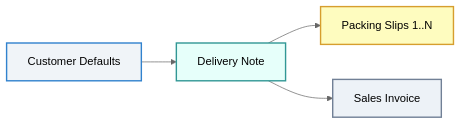
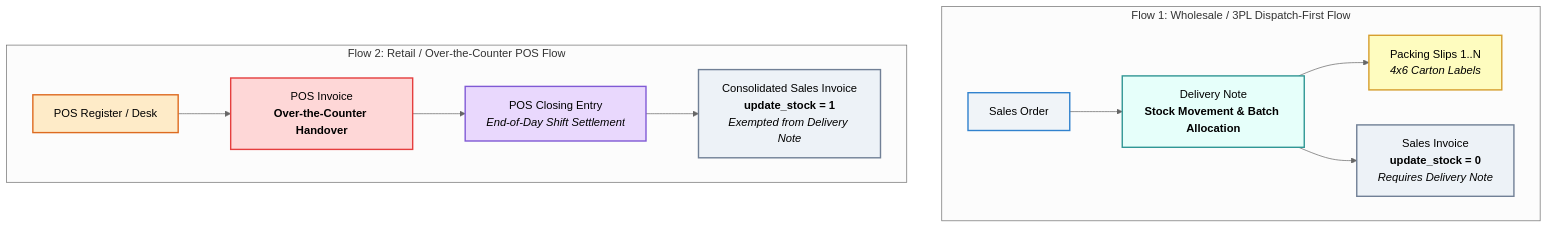
One commit to vinodkumarkolli/core_customizations changed the diagram in README.md. Above: the diagram before and after it, drawn with Mermaid (neutral theme). The commit also changed other lines of this file and 4 other files, not shown here.

Commit message:
feat: implement dual sales architecture with mandatory delivery note validation for wholesale invoices and add integration tests

````diff
--- a/README.md
+++ b/README.md
@@ -11,10 +11,23 @@
 ```mermaid
-graph LR
-    C[Customer Defaults] --> DN[Delivery Note]
-    DN --> PS[Packing Slips 1..N]
-    DN --> SI[Sales Invoice]
-    style C fill:#f0f4f8,stroke:#3182ce,stroke-width:2px
+graph TD
+    subgraph Flow 1: Wholesale / 3PL Dispatch-First Flow
+        SO[Sales Order] --> DN[Delivery Note<br><b>Stock Movement & Batch Allocation</b>]
+        DN --> PS[Packing Slips 1..N<br><i>4x6 Carton Labels</i>]
+        DN --> SI1[Sales Invoice<br><b>update_stock = 0</b><br><i>Requires Delivery Note</i>]
+    end
+
+    subgraph Flow 2: Retail / Over-the-Counter POS Flow
+        POS[POS Register / Desk] --> PI[POS Invoice<br><b>Over-the-Counter Handover</b>]
+        PI --> CE[POS Closing Entry<br><i>End-of-Day Shift Settlement</i>]
+        CE --> SI2[Consolidated Sales Invoice<br><b>update_stock = 1</b><br><i>Exempted from Delivery Note</i>]
+    end
+
+    style SO fill:#f0f4f8,stroke:#3182ce,stroke-width:2px
     style DN fill:#e6fffa,stroke:#319795,stroke-width:2px
     style PS fill:#fefcbf,stroke:#d69e2e,stroke-width:2px
-    style SI fill:#edf2f7,stroke:#718096,stroke-width:2px
+    style SI1 fill:#edf2f7,stroke:#718096,stroke-width:2px
+    style POS fill:#feebc8,stroke:#dd6b20,stroke-width:2px
+    style PI fill:#fed7d7,stroke:#e53e3e,stroke-width:2px
+    style CE fill:#e9d8fd,stroke:#805ad5,stroke-width:2px
+    style SI2 fill:#edf2f7,stroke:#718096,stroke-width:2px
 ```
````
